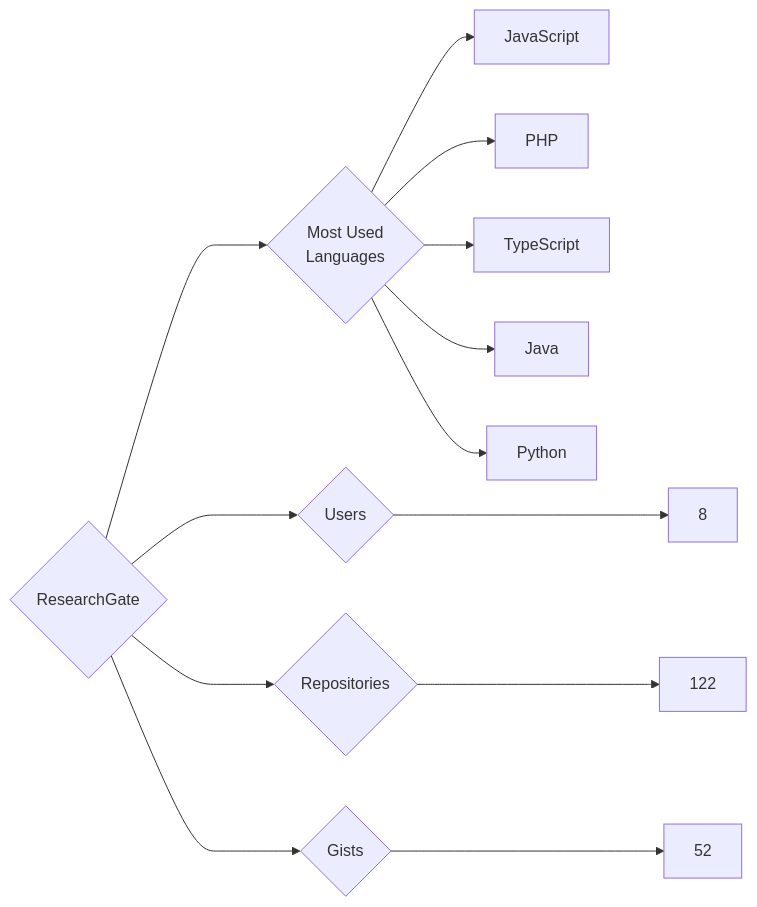
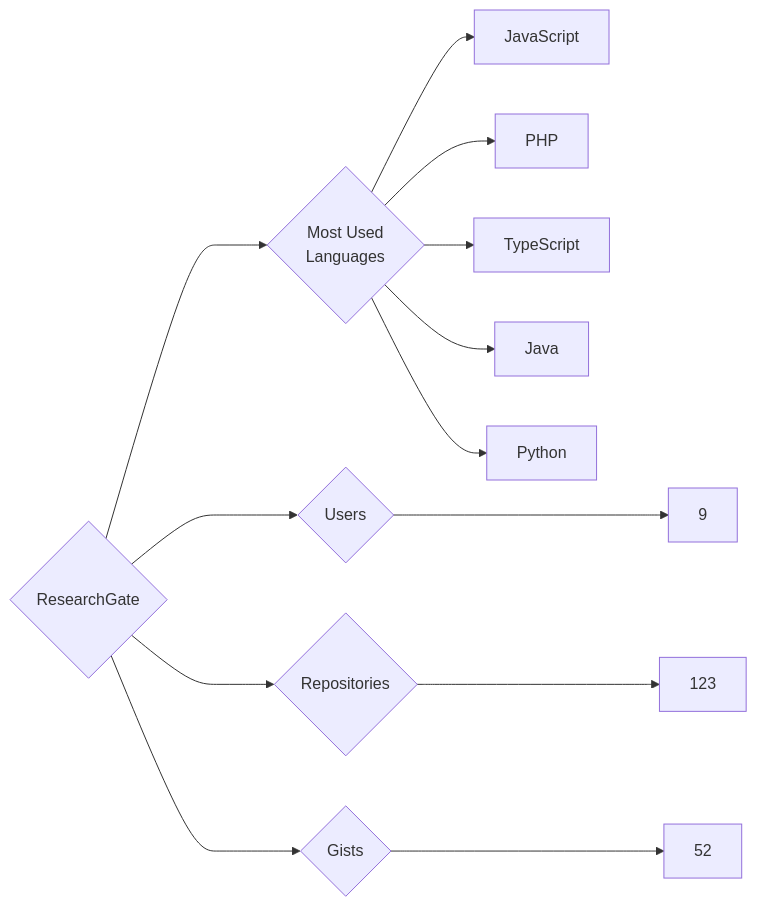
One commit to trickest/insiders changed the diagram in targets/ResearchGate/README.md. Above: the diagram before and after it, drawn with Mermaid. The commit also changed 871 other files, not shown here.

````diff
--- a/targets/ResearchGate/README.md
+++ b/targets/ResearchGate/README.md
@@ -3,13 +3,13 @@
 ```mermaid
 graph LR
 COMPANY_NAME{ResearchGate}
-COMPANY_NAME ---> U{Users} ---> UN[8]
-COMPANY_NAME ---> R{Repositories} ---> RN[122]
+COMPANY_NAME ---> U{Users} ---> UN[9]
+COMPANY_NAME ---> R{Repositories} ---> RN[123]
 COMPANY_NAME ---> G{Gists} ---> GN[52]
 COMPANY_NAME ---> ML{Most Used<br>Languages}
 ML --> JavaScript[JavaScript]
 ML --> PHP[PHP]
 ML --> TypeScript[TypeScript]
 ML --> Java[Java]
 ML --> Python[Python]
 ```
````
